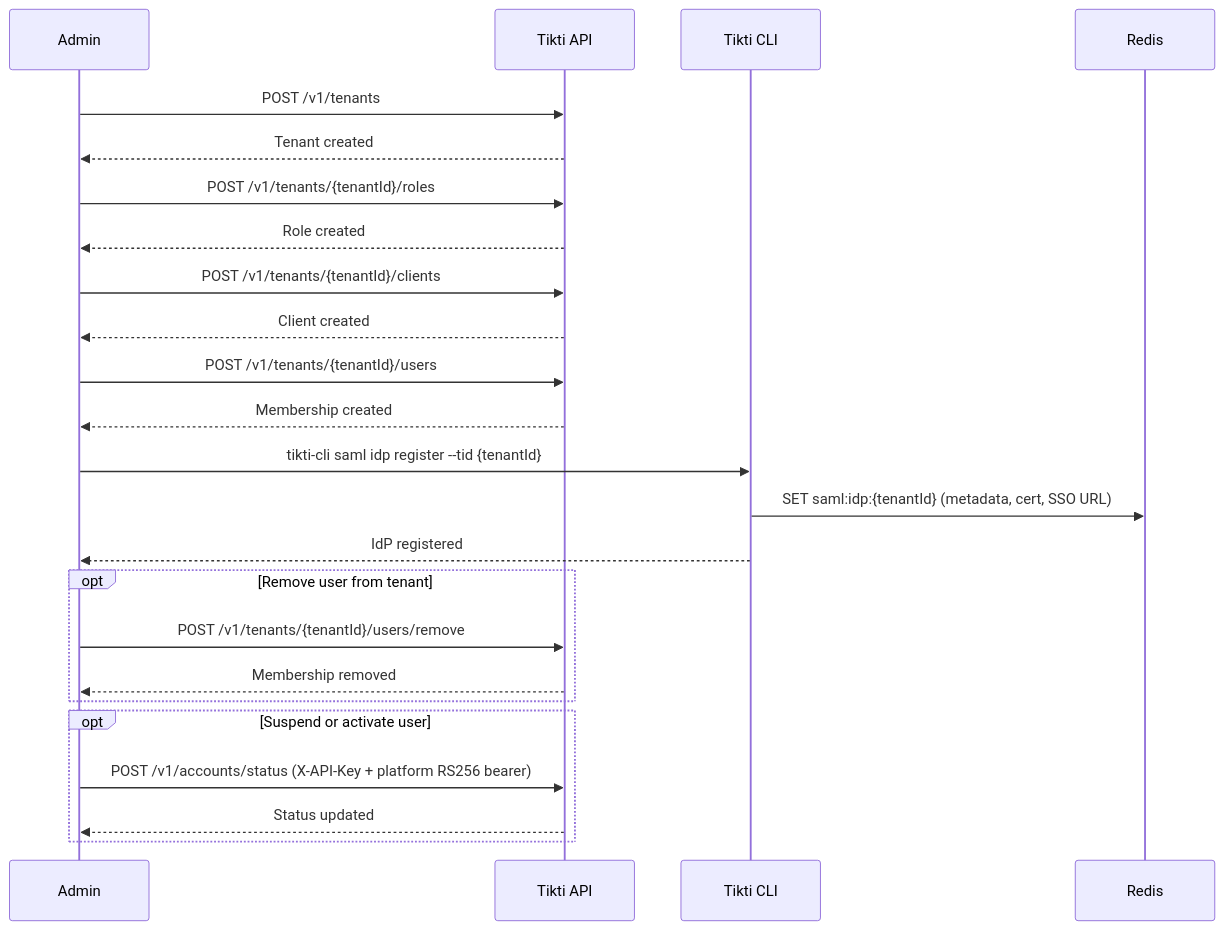
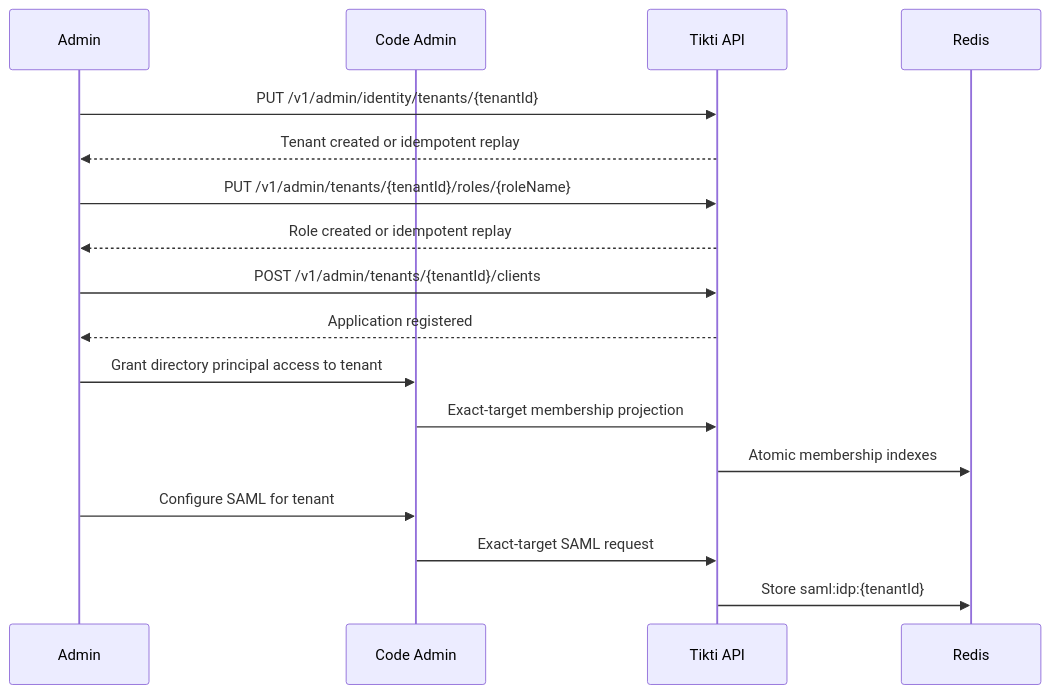
Before and after one commit to osvaldoandrade/tikti: the diagram in wiki/Use-Cases-Tenant-Admin-Lifecycle.md, drawn with Mermaid. The commit also changed other lines of this file and 28 other files, not shown here.

Commit message:
feat(identity): CFP-093 authoritative tenant contract

````diff
--- a/wiki/Use-Cases-Tenant-Admin-Lifecycle.md
+++ b/wiki/Use-Cases-Tenant-Admin-Lifecycle.md
@@ -27,27 +30,20 @@
 ```mermaid
 sequenceDiagram
     participant A as Admin
+    participant C as Code Admin
     participant T as Tikti API
-    participant C as Tikti CLI
     participant R as Redis
 
-    A->>T: POST /v1/tenants
-    T-->>A: Tenant created
-    A->>T: POST /v1/tenants/{tenantId}/roles
-    T-->>A: Role created
-    A->>T: POST /v1/tenants/{tenantId}/clients
-    T-->>A: Client created
-    A->>T: POST /v1/tenants/{tenantId}/users
-    T-->>A: Membership created
-    A->>C: tikti-cli saml idp register --tid {tenantId}
-    C->>R: SET saml:idp:{tenantId} (metadata, cert, SSO URL)
-    C-->>A: IdP registered
-    opt Remove user from tenant
-        A->>T: POST /v1/tenants/{tenantId}/users/remove
-        T-->>A: Membership removed
-    end
-    opt Suspend or activate user
-        A->>T: POST /v1/accounts/status (X-API-Key + platform RS256 bearer)
-        T-->>A: Status updated
-    end
+    A->>T: PUT /v1/admin/identity/tenants/{tenantId}
+    T-->>A: Tenant created or idempotent replay
+    A->>T: PUT /v1/admin/tenants/{tenantId}/roles/{roleName}
+    T-->>A: Role created or idempotent replay
+    A->>T: POST /v1/admin/tenants/{tenantId}/clients
+    T-->>A: Application registered
+    A->>C: Grant directory principal access to tenant
+    C->>T: Exact-target membership projection
+    T->>R: Atomic membership indexes
+    A->>C: Configure SAML for tenant
+    C->>T: Exact-target SAML request
+    T->>R: Store saml:idp:{tenantId}
 ```
````
